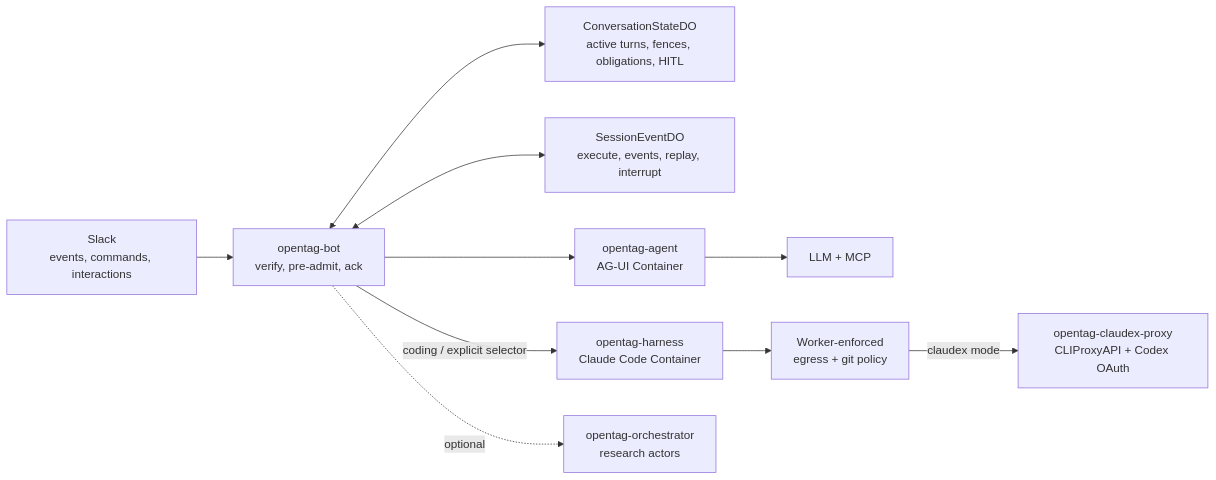
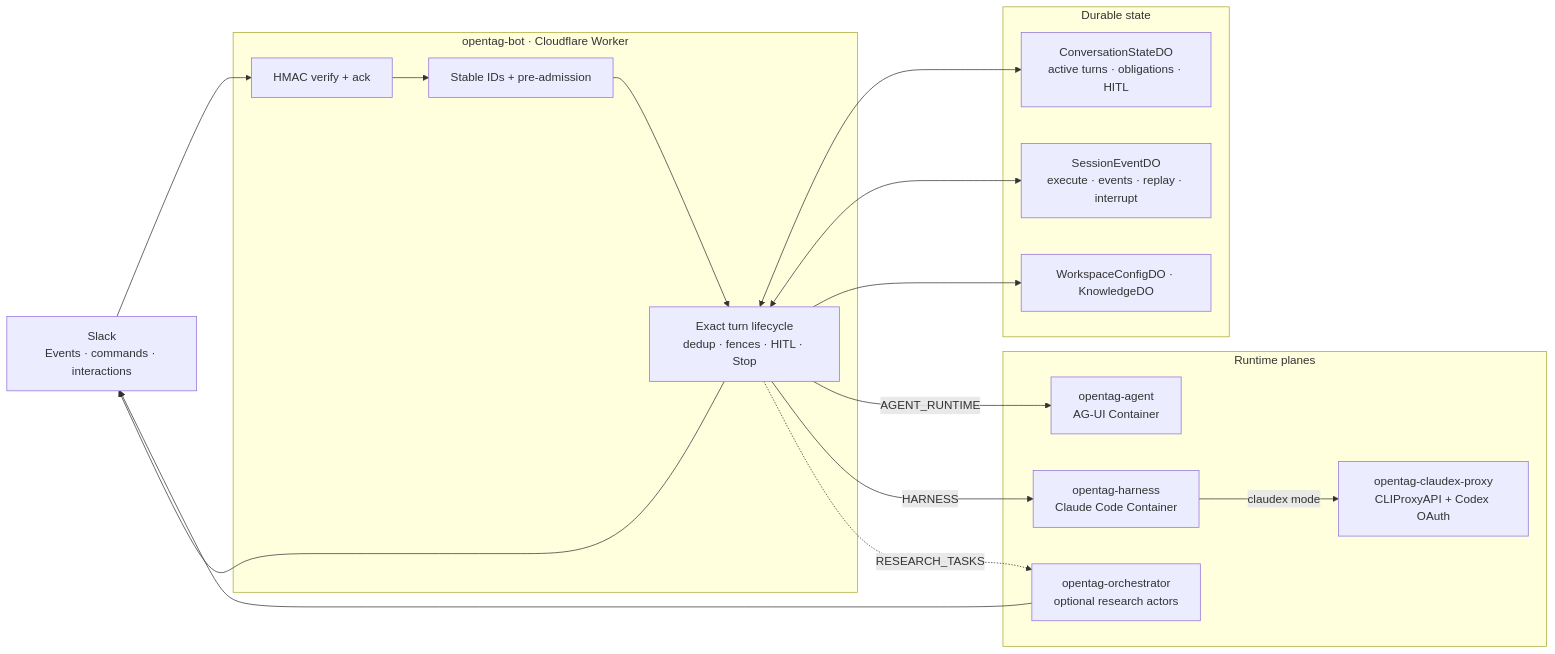
One commit to wcordelo/opentag changed the first of 3 diagrams in README.md. Above: the diagram before and after it, drawn with Mermaid. The commit also changed other lines of this file and 1 other file, not shown here.

First line of the commit message:
docs: rewrite README for current Cloudflare architecture

````diff
--- a/README.md
+++ b/README.md
@@ -32,12 +47,34 @@
 ```mermaid
 flowchart LR
-    Slack["Slack<br/>events, commands, interactions"] --> Bot["opentag-bot<br/>verify, pre-admit, ack"]
-    Bot <--> Conversation["ConversationStateDO<br/>active turns, fences, obligations, HITL"]
-    Bot <--> Session["SessionEventDO<br/>execute, events, replay, interrupt"]
-    Bot --> Agent["opentag-agent<br/>AG-UI Container"]
-    Bot -->|"coding / explicit selector"| Harness["opentag-harness<br/>Claude Code Container"]
-    Bot -. optional .-> Research["opentag-orchestrator<br/>research actors"]
-    Agent --> MCP["LLM + MCP"]
-    Harness --> Guard["Worker-enforced<br/>egress + git policy"]
-    Guard -->|"claudex mode"| Proxy["opentag-claudex-proxy<br/>CLIProxyAPI + Codex OAuth"]
+    Slack["Slack<br/>Events · commands · interactions"]
+
+    subgraph Bot["opentag-bot · Cloudflare Worker"]
+      Verify["HMAC verify + ack"]
+      Pre["Stable IDs + pre-admission"]
+      Life["Exact turn lifecycle<br/>dedup · fences · HITL · Stop"]
+    end
+
+    subgraph State["Durable state"]
+      Conv["ConversationStateDO<br/>active turns · obligations · HITL"]
+      Sess["SessionEventDO<br/>execute · events · replay · interrupt"]
+      Cfg["WorkspaceConfigDO · KnowledgeDO"]
+    end
+
+    subgraph Planes["Runtime planes"]
+      Agent["opentag-agent<br/>AG-UI Container"]
+      Harness["opentag-harness<br/>Claude Code Container"]
+      Proxy["opentag-claudex-proxy<br/>CLIProxyAPI + Codex OAuth"]
+      Research["opentag-orchestrator<br/>optional research actors"]
+    end
+
+    Slack --> Verify --> Pre --> Life
+    Life <--> Conv
+    Life <--> Sess
+    Life --> Cfg
+    Life -->|"AGENT_RUNTIME"| Agent
+    Life -->|"HARNESS"| Harness
+    Harness -->|"claudex mode"| Proxy
+    Life -. RESEARCH_TASKS .-> Research
+    Life --> Slack
+    Research --> Slack
 ```
````
